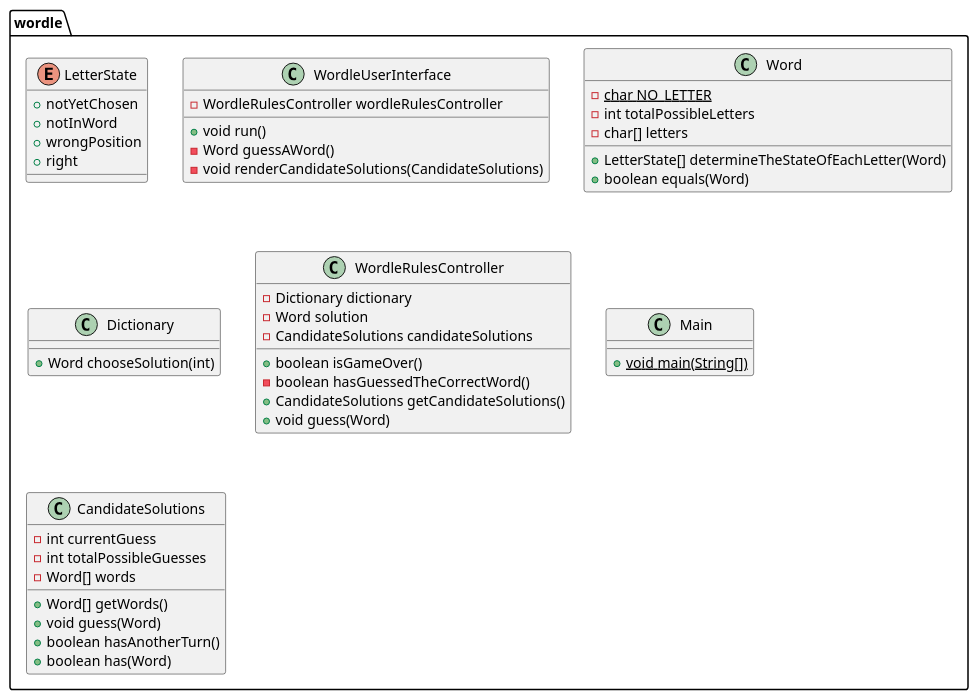
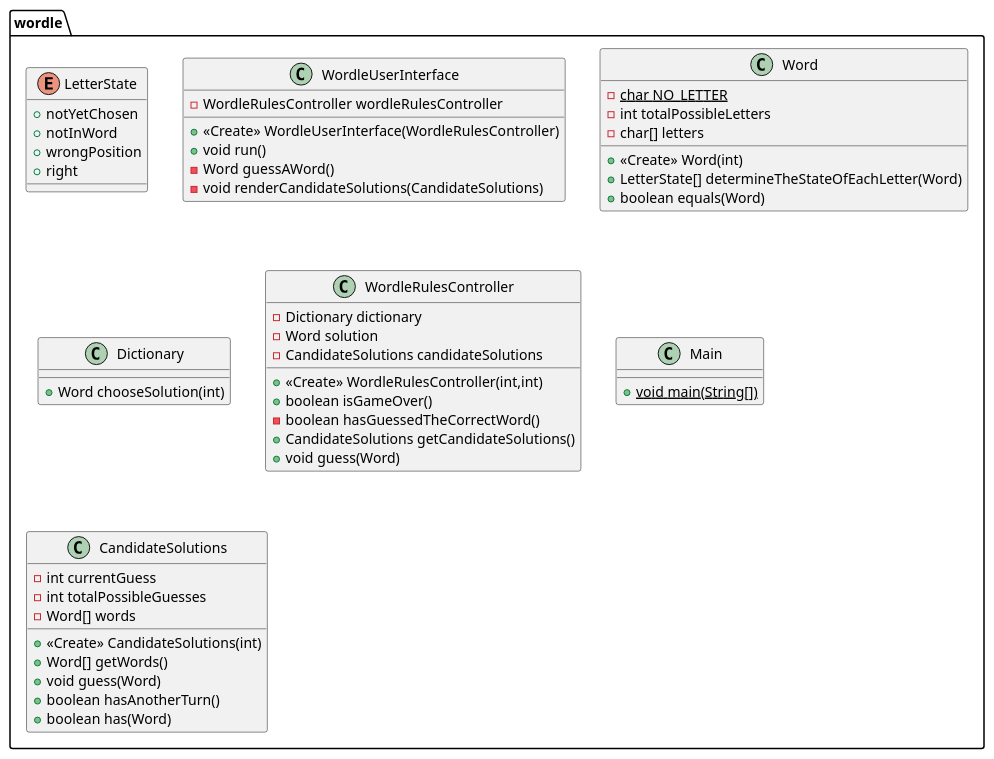
Before and after one commit to markmaxey/wordle: the diagram in wordleDCD.puml, drawn with PlantUML.

```diff
--- a/wordleDCD.puml
+++ b/wordleDCD.puml
@@ -1,45 +1,49 @@
 @startuml
 enum wordle.LetterState {
 +  notYetChosen
 +  notInWord
 +  wrongPosition
 +  right
 }
 class wordle.WordleUserInterface {
 - WordleRulesController wordleRulesController
++ <<Create>> WordleUserInterface(WordleRulesController)
 + void run()
 - Word guessAWord()
 - void renderCandidateSolutions(CandidateSolutions)
 }
 class wordle.Word {
 - {static} char NO_LETTER
 - int totalPossibleLetters
 - char[] letters
++ <<Create>> Word(int)
 + LetterState[] determineTheStateOfEachLetter(Word)
 + boolean equals(Word)
 }
 class wordle.Dictionary {
 + Word chooseSolution(int)
 }
 class wordle.WordleRulesController {
 - Dictionary dictionary
 - Word solution
 - CandidateSolutions candidateSolutions
++ <<Create>> WordleRulesController(int,int)
 + boolean isGameOver()
 - boolean hasGuessedTheCorrectWord()
 + CandidateSolutions getCandidateSolutions()
 + void guess(Word)
 }
 class wordle.Main {
 + {static} void main(String[])
 }
 class wordle.CandidateSolutions {
 - int currentGuess
 - int totalPossibleGuesses
 - Word[] words
++ <<Create>> CandidateSolutions(int)
 + Word[] getWords()
 + void guess(Word)
 + boolean hasAnotherTurn()
 + boolean has(Word)
 }
 @enduml
```
